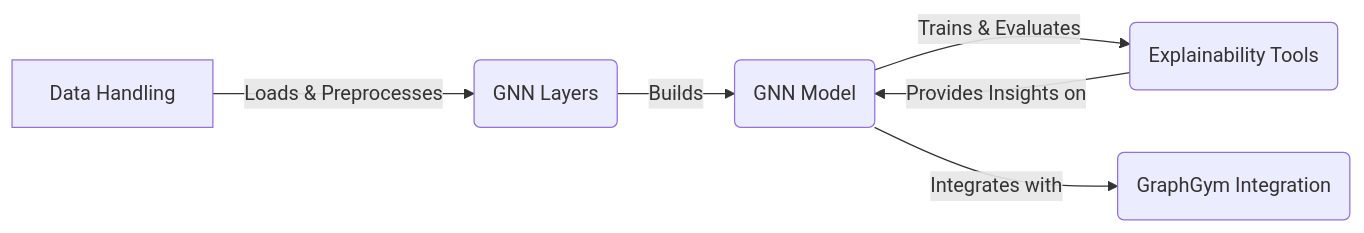
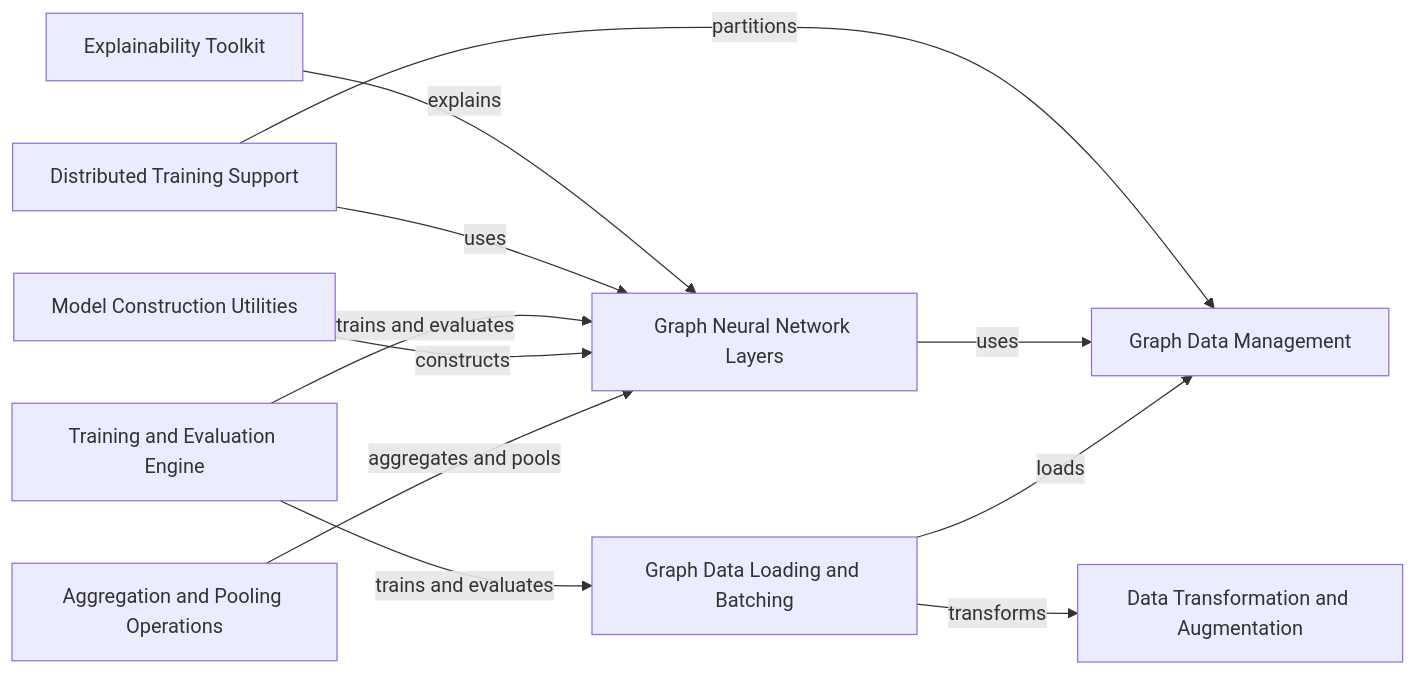
Before and after one commit to CodeBoarding/GeneratedOnBoardings: the diagram in pytorch_geometric/on_boarding.md, drawn with Mermaid. The commit also changed other lines of this file and 14 other files, not shown here.

Commit message:
Uploading onboarding materials for pytorch_geometric

````diff
--- a/pytorch_geometric/on_boarding.md
+++ b/pytorch_geometric/on_boarding.md
@@ -5,16 +1,31 @@
 ```mermaid
 graph LR
-    A[Data Handling] -- Loads & Preprocesses --> B(GNN Layers) 
-    B -- Builds --> C(GNN Model) 
-    C -- Trains & Evaluates --> D(Explainability Tools) 
-    C -- Integrates with --> E(GraphGym Integration)
-    D -- Provides Insights on --> C
-
-click A href "https://github.com/CodeBoarding/GeneratedOnBoardings/blob/main/pytorch_geometric//Data Handling.md"
-click B href "https://github.com/CodeBoarding/GeneratedOnBoardings/blob/main/pytorch_geometric//GNN Layers.md"
-click C href "https://github.com/CodeBoarding/GeneratedOnBoardings/blob/main/pytorch_geometric//GNN Model.md"
-click D href "https://github.com/CodeBoarding/GeneratedOnBoardings/blob/main/pytorch_geometric//Explainability Tools.md"
-click E href "https://github.com/CodeBoarding/GeneratedOnBoardings/blob/main/pytorch_geometric//GraphGym Integration.md"
-
-
+    Graph_Data_Management["Graph Data Management"]
+    Data_Transformation_and_Augmentation["Data Transformation and Augmentation"]
+    Graph_Data_Loading_and_Batching["Graph Data Loading and Batching"]
+    Graph_Neural_Network_Layers["Graph Neural Network Layers"]
+    Aggregation_and_Pooling_Operations["Aggregation and Pooling Operations"]
+    Model_Construction_Utilities["Model Construction Utilities"]
+    Training_and_Evaluation_Engine["Training and Evaluation Engine"]
+    Distributed_Training_Support["Distributed Training Support"]
+    Explainability_Toolkit["Explainability Toolkit"]
+    Graph_Data_Loading_and_Batching -- "loads" --> Graph_Data_Management
+    Graph_Data_Loading_and_Batching -- "transforms" --> Data_Transformation_and_Augmentation
+    Graph_Neural_Network_Layers -- "uses" --> Graph_Data_Management
+    Aggregation_and_Pooling_Operations -- "aggregates and pools" --> Graph_Neural_Network_Layers
+    Model_Construction_Utilities -- "constructs" --> Graph_Neural_Network_Layers
+    Training_and_Evaluation_Engine -- "trains and evaluates" --> Graph_Neural_Network_Layers
+    Training_and_Evaluation_Engine -- "trains and evaluates" --> Graph_Data_Loading_and_Batching
+    Distributed_Training_Support -- "partitions" --> Graph_Data_Management
+    Distributed_Training_Support -- "uses" --> Graph_Neural_Network_Layers
+    Explainability_Toolkit -- "explains" --> Graph_Neural_Network_Layers
+    click Graph_Data_Management href "https://github.com/CodeBoarding/GeneratedOnBoardings/blob/main/pytorch_geometric/Graph Data Management.md" "Details"
+    click Data_Transformation_and_Augmentation href "https://github.com/CodeBoarding/GeneratedOnBoardings/blob/main/pytorch_geometric/Data Transformation and Augmentation.md" "Details"
+    click Graph_Data_Loading_and_Batching href "https://github.com/CodeBoarding/GeneratedOnBoardings/blob/main/pytorch_geometric/Graph Data Loading and Batching.md" "Details"
+    click Graph_Neural_Network_Layers href "https://github.com/CodeBoarding/GeneratedOnBoardings/blob/main/pytorch_geometric/Graph Neural Network Layers.md" "Details"
+    click Aggregation_and_Pooling_Operations href "https://github.com/CodeBoarding/GeneratedOnBoardings/blob/main/pytorch_geometric/Aggregation and Pooling Operations.md" "Details"
+    click Model_Construction_Utilities href "https://github.com/CodeBoarding/GeneratedOnBoardings/blob/main/pytorch_geometric/Model Construction Utilities.md" "Details"
+    click Training_and_Evaluation_Engine href "https://github.com/CodeBoarding/GeneratedOnBoardings/blob/main/pytorch_geometric/Training and Evaluation Engine.md" "Details"
+    click Distributed_Training_Support href "https://github.com/CodeBoarding/GeneratedOnBoardings/blob/main/pytorch_geometric/Distributed Training Support.md" "Details"
+    click Explainability_Toolkit href "https://github.com/CodeBoarding/GeneratedOnBoardings/blob/main/pytorch_geometric/Explainability Toolkit.md" "Details"
 ```
````
